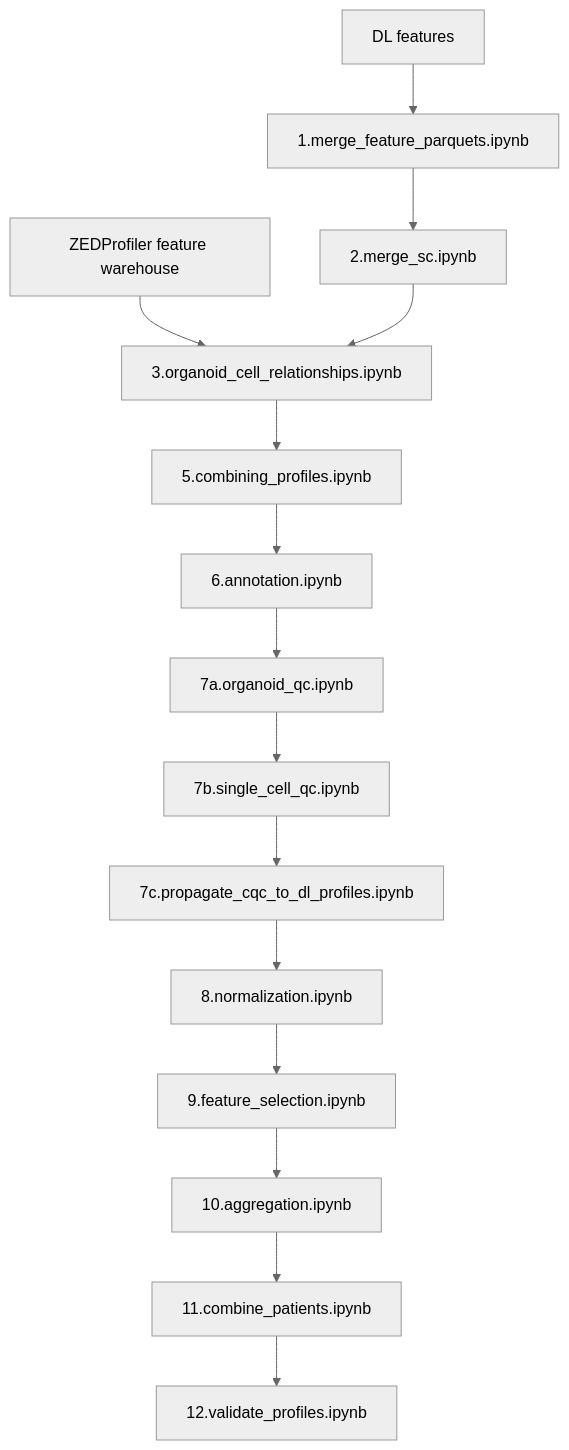
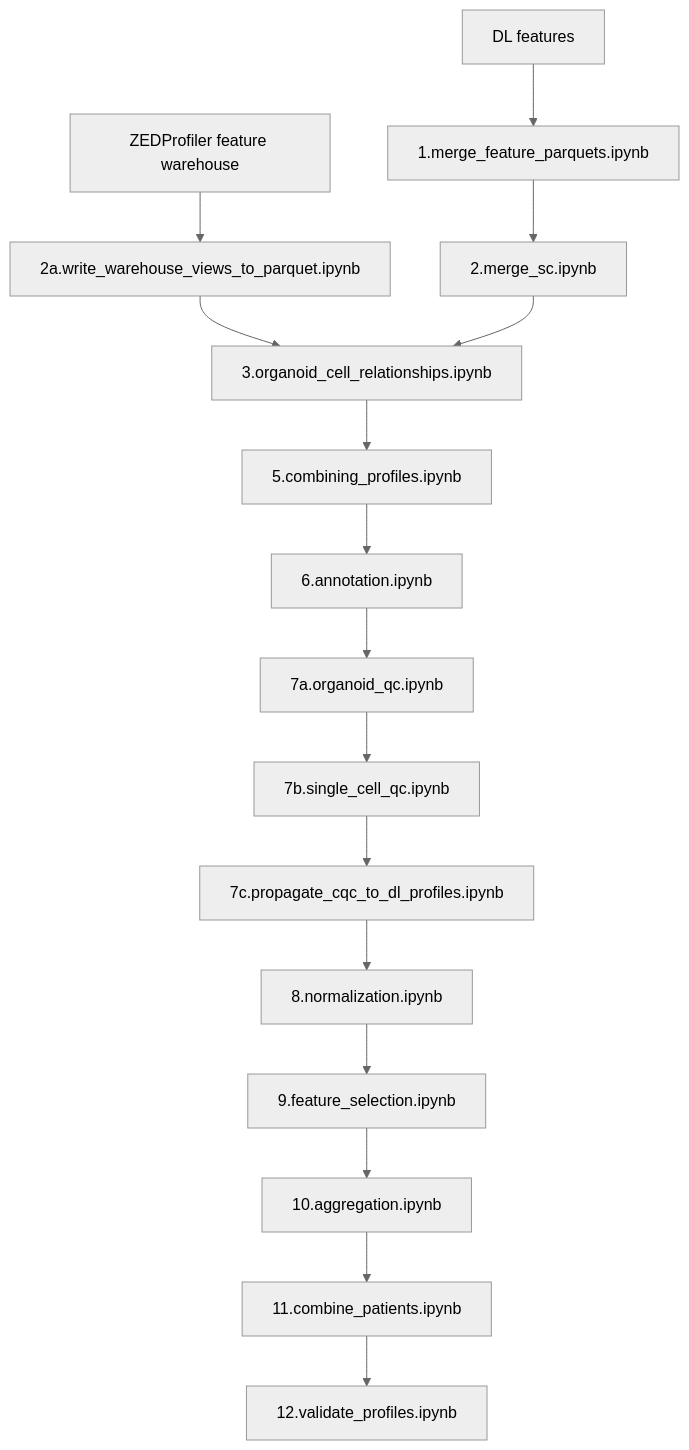
The second of 2 diagrams in 4.processing_image_based_profiles/README.md (WayScience/NF1_3D_organoid_profiling_pipeline), drawn with Mermaid (neutral theme) before and after one commit. The commit also changed other lines of this file and 47 other files, not shown here.

First line of the commit message:
Production: run IBP stage 4 step 3 against the full ZEDProfiler warehouse (#172)

````diff
--- a/4.processing_image_based_profiles/README.md
+++ b/4.processing_image_based_profiles/README.md
@@ -99,17 +99,18 @@
 ```mermaid
 flowchart TD
-    A[ZEDProfiler feature warehouse] --> B[3.organoid_cell_relationships.ipynb]
+    A[ZEDProfiler feature warehouse] --> A1[2a.write_warehouse_views_to_parquet.ipynb]
+    A1 --> B[3.organoid_cell_relationships.ipynb]
     C[DL features] --> D[1.merge_feature_parquets.ipynb]
     D --> E[2.merge_sc.ipynb]
     E --> B
     B --> F[5.combining_profiles.ipynb]
     F --> G[6.annotation.ipynb]
     G --> H[7a.organoid_qc.ipynb]
     H --> I[7b.single_cell_qc.ipynb]
     I --> J[7c.propagate_cqc_to_dl_profiles.ipynb]
     J --> K[8.normalization.ipynb]
     K --> L[9.feature_selection.ipynb]
     L --> M[10.aggregation.ipynb]
     M --> N[11.combine_patients.ipynb]
     N --> O[12.validate_profiles.ipynb]
 ```
````
